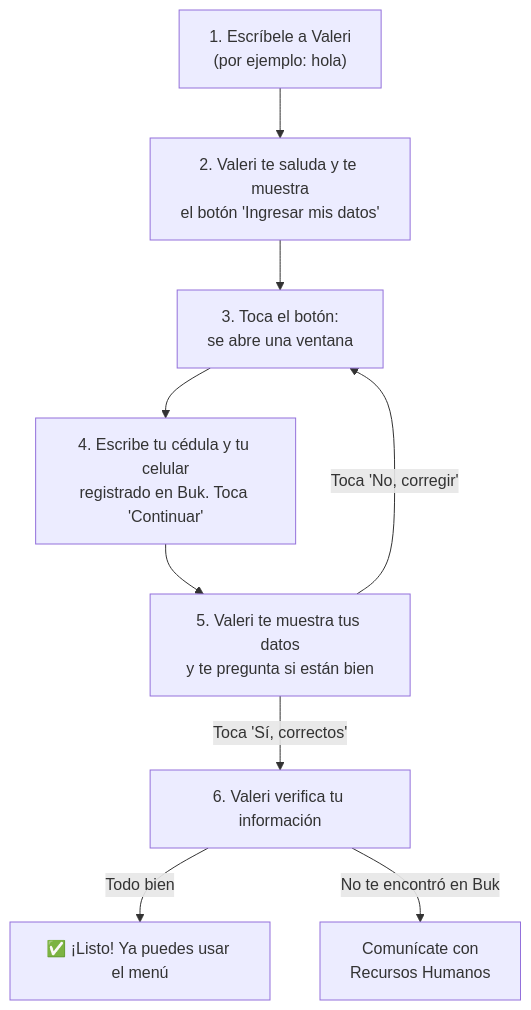
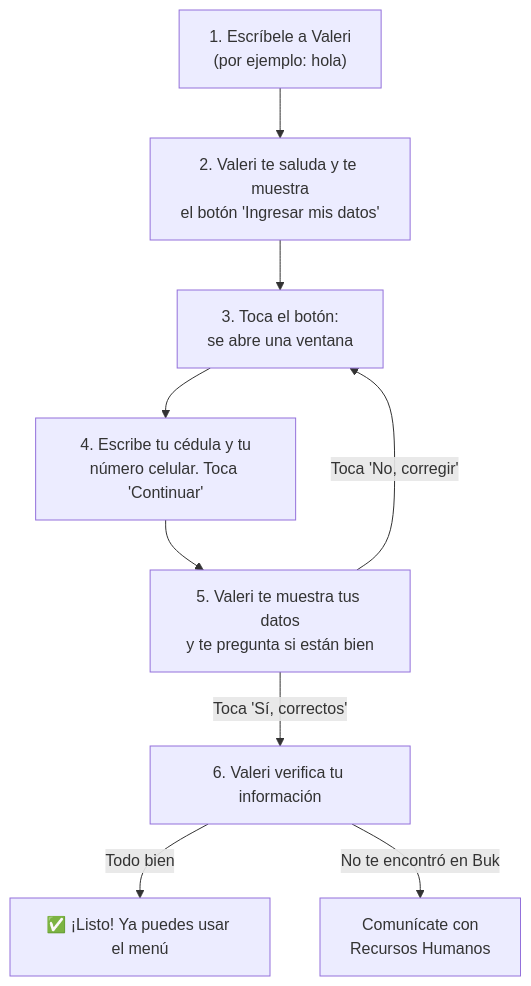
The first of 4 diagrams in docs/GUIA_USUARIO.md (brayanfonseca-ai/valeri-bot), drawn with Mermaid before and after one commit. The commit also changed other lines of this file and 18 other files, not shown here.

````diff
--- a/docs/GUIA_USUARIO.md
+++ b/docs/GUIA_USUARIO.md
@@ -44,11 +44,11 @@
 ```mermaid
 flowchart TD
     A["1. Escríbele a Valeri<br/>(por ejemplo: hola)"] --> B["2. Valeri te saluda y te muestra<br/>el botón 'Ingresar mis datos'"]
     B --> C["3. Toca el botón:<br/>se abre una ventana"]
-    C --> D["4. Escribe tu cédula y tu celular<br/>registrado en Buk. Toca 'Continuar'"]
+    C --> D["4. Escribe tu cédula y tu<br/>número celular. Toca 'Continuar'"]
     D --> E["5. Valeri te muestra tus datos<br/>y te pregunta si están bien"]
     E -- "Toca 'Sí, correctos'" --> F["6. Valeri verifica tu información"]
     E -- "Toca 'No, corregir'" --> C
     F -- "Todo bien" --> G["✅ ¡Listo! Ya puedes usar el menú"]
     F -- "No te encontró en Buk" --> H["Comunícate con<br/>Recursos Humanos"]
 ```
````
